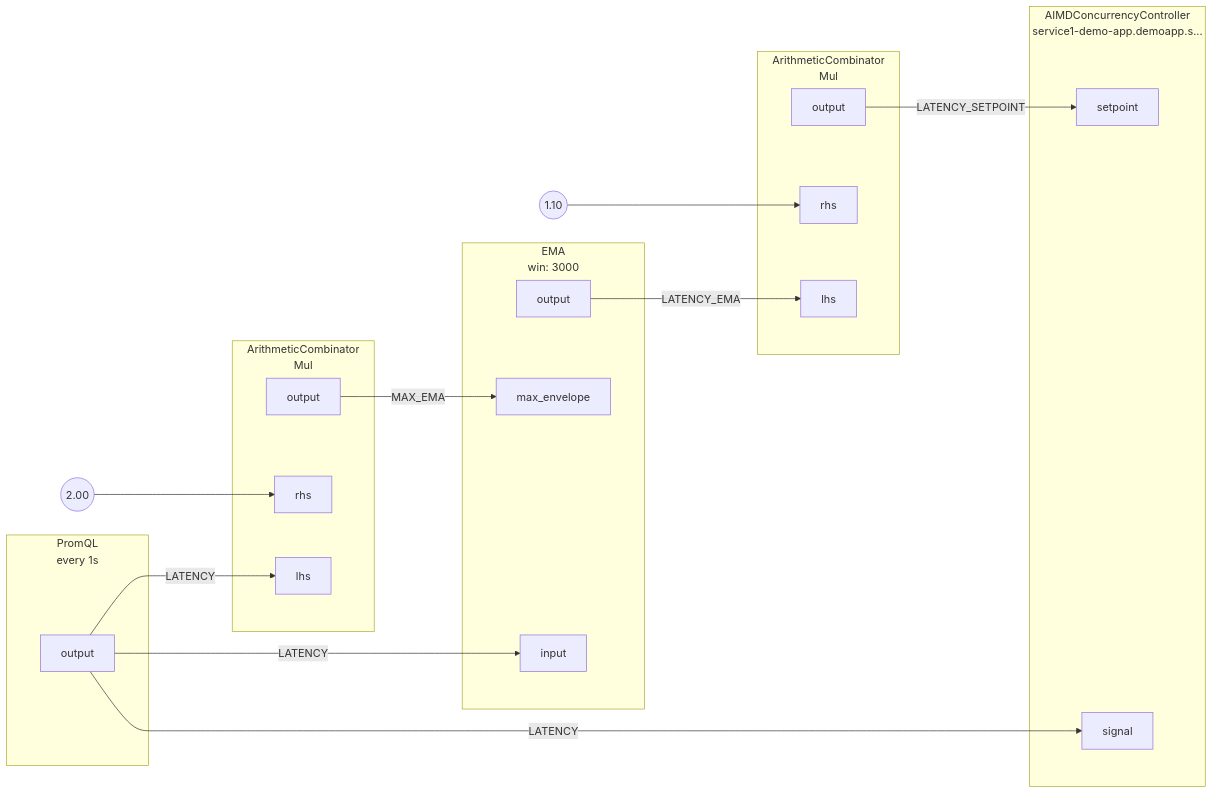
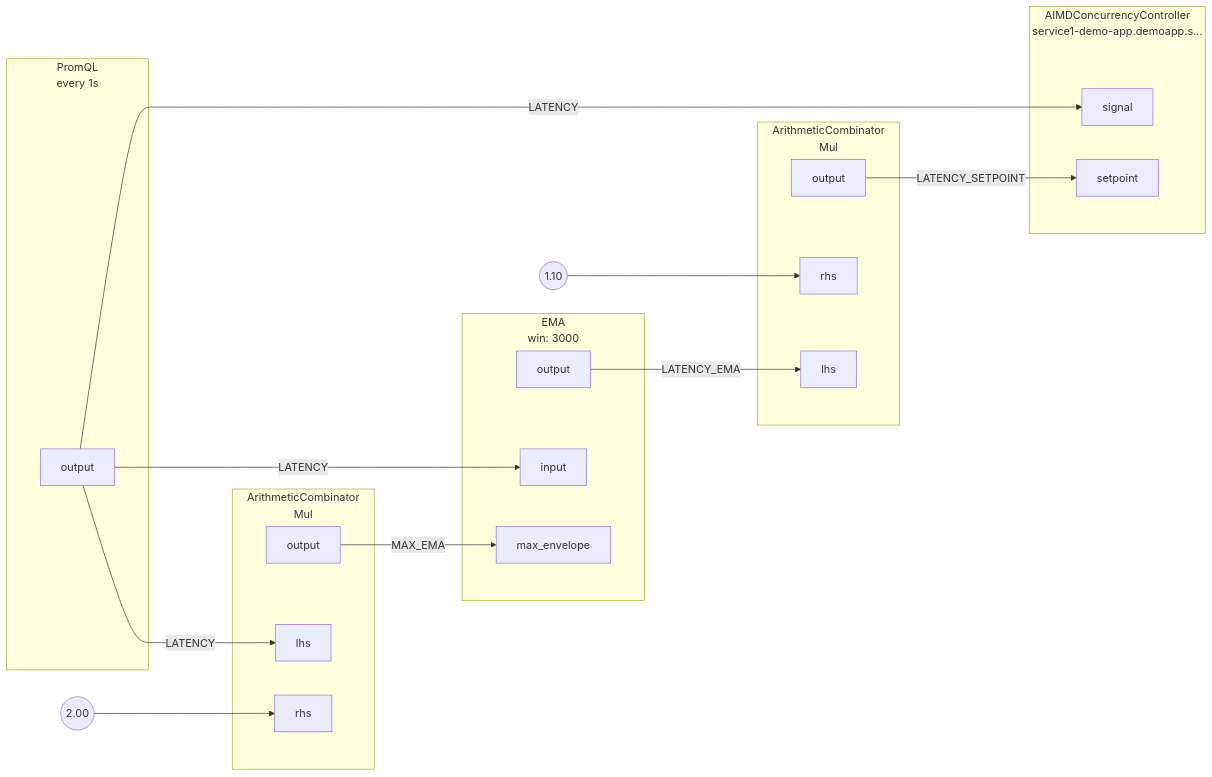
One commit to dataongunlaws/aperture changed the diagram in docs/content/tutorials/integrations/flow-control/concurrency-limiting/assets/basic-concurrency-limiting/basic-concurrency-limiting.mmd. Above: the diagram before and after it, drawn with Mermaid. The commit also changed other lines of this file and 76 other files, not shown here.

```diff
--- a/docs/content/tutorials/integrations/flow-control/concurrency-limiting/assets/basic-concurrency-limiting/basic-concurrency-limiting.mmd
+++ b/docs/content/tutorials/integrations/flow-control/concurrency-limiting/assets/basic-concurrency-limiting/basic-concurrency-limiting.mmd
@@ -1,60 +1,60 @@
 flowchart LR
 subgraph root.0[<center>PromQL<br/>every 1s</center>]
 subgraph root.0_outports[ ]
 style root.0_outports fill:none,stroke:none
 root.0output[output]
 end
 end
 FakeConstant0((2.00))
 FakeConstant0 --> root.1rhs
 subgraph root.1[<center>ArithmeticCombinator<br/>Mul</center>]
 subgraph root.1_inports[ ]
 style root.1_inports fill:none,stroke:none
 root.1lhs[lhs]
 root.1rhs[rhs]
 end
 subgraph root.1_outports[ ]
 style root.1_outports fill:none,stroke:none
 root.1output[output]
 end
 end
 FakeConstant1((1.10))
 FakeConstant1 --> root.2rhs
 subgraph root.2[<center>ArithmeticCombinator<br/>Mul</center>]
 subgraph root.2_inports[ ]
 style root.2_inports fill:none,stroke:none
+root.2rhs[rhs]
 root.2lhs[lhs]
-root.2rhs[rhs]
 end
 subgraph root.2_outports[ ]
 style root.2_outports fill:none,stroke:none
 root.2output[output]
 end
 end
 subgraph root.3[<center>EMA<br/>win: 3000</center>]
 subgraph root.3_inports[ ]
 style root.3_inports fill:none,stroke:none
+root.3input[input]
 root.3max_envelope[max_envelope]
-root.3input[input]
 end
 subgraph root.3_outports[ ]
 style root.3_outports fill:none,stroke:none
 root.3output[output]
 end
 end
 subgraph root.4[<center>AIMDConcurrencyController<br/>service1-demo-app.demoapp.s...</center>]
 subgraph root.4_inports[ ]
 style root.4_inports fill:none,stroke:none
 root.4setpoint[setpoint]
 root.4signal[signal]
 end
 subgraph root.4_outports[ ]
 style root.4_outports fill:none,stroke:none
 end
 end
+root.1output --> |MAX_EMA| root.3max_envelope
+root.3output --> |LATENCY_EMA| root.2lhs
 root.0output --> |LATENCY| root.1lhs
 root.0output --> |LATENCY| root.3input
 root.0output --> |LATENCY| root.4signal
-root.1output --> |MAX_EMA| root.3max_envelope
-root.3output --> |LATENCY_EMA| root.2lhs
 root.2output --> |LATENCY_SETPOINT| root.4setpoint
```
